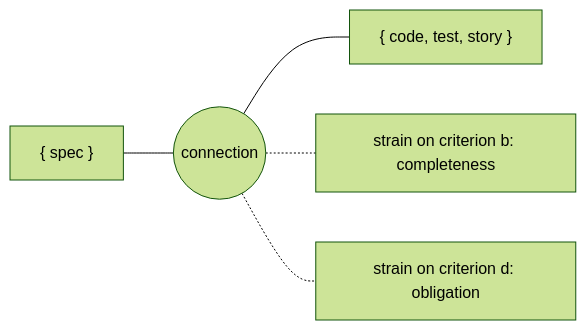
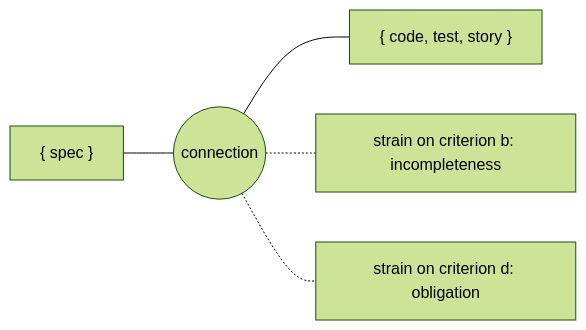
Before and after one commit to cyberuni/cyber-sdd: the first of 3 diagrams in packages/cyber-sdd/GLOSSARY.md, drawn with Mermaid (forest theme). The commit also changed other lines of this file and 1 other file, not shown here.

Commit message:
docs(sdd2): type the strain on the criterion, and name the kinds for the defect
C22 typed the connection, while C5 and C26 make the criterion the unit of
evaluation. That is what let the three kinds read as three dimensions on
one connection: a connection really can carry a mixture, one strain per
criterion, but a single strain is one kind and not three flags.

Rename to incompleteness / obligation / nonconformance. The old names
described the satisfied state, so as values they invited the dimension
reading; obligation already named a defect and is unchanged. Record that
the kinds are exclusive, why (where the counterpart sits relative to the
change in hand), and that the kind belongs to an evaluation rather than to
the criterion, since the same criterion is an incompleteness in a change
touching both ends and a nonconformance when swept cold.

Truss is updated in the same terms, so this is not a drift.

Claude-Session: https://claude.ai/code/session_017kFn8pbYyGdDCxEr5SYmks

````diff
--- a/packages/cyber-sdd/GLOSSARY.md
+++ b/packages/cyber-sdd/GLOSSARY.md
@@ -29,6 +29,6 @@
 ```mermaid
 flowchart LR
   spec["{ spec }"] --- conn(("connection")) --- impl["{ code, test, story }"]
-  conn -.- s1["strain on criterion b: completeness"]
+  conn -.- s1["strain on criterion b: incompleteness"]
   conn -.- s2["strain on criterion d: obligation"]
 ```
````
